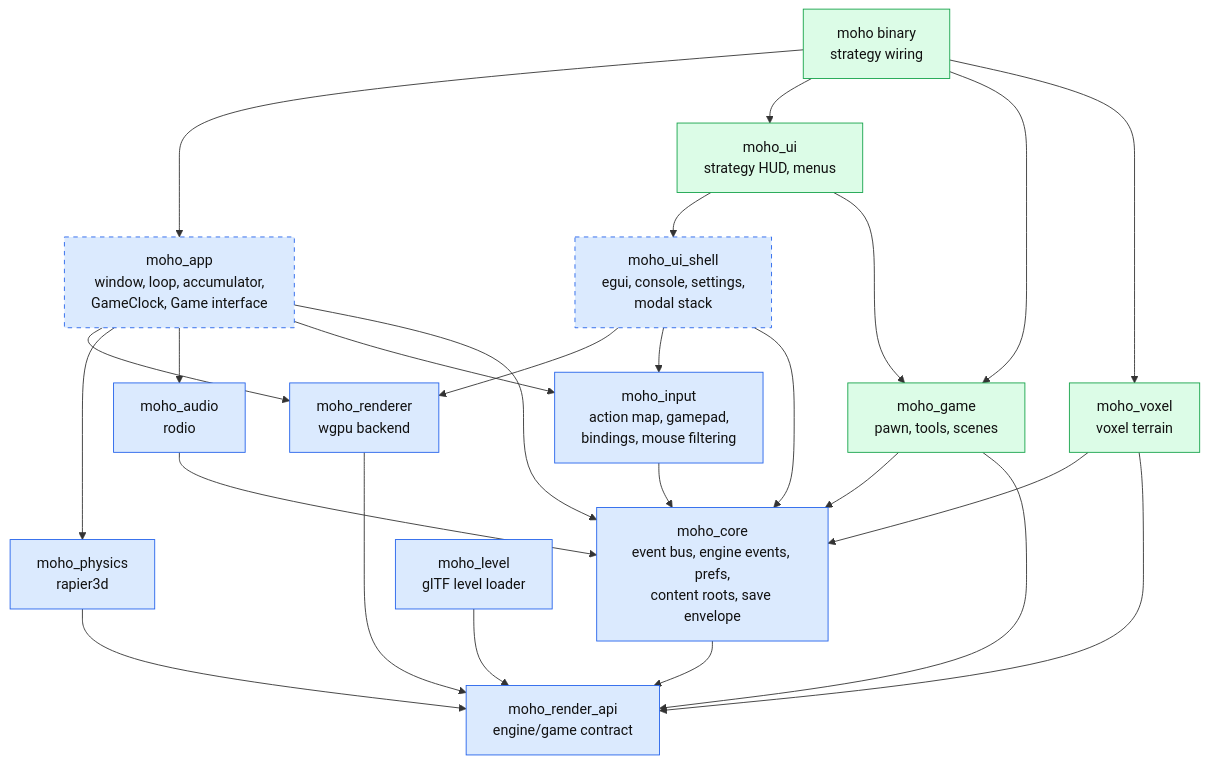
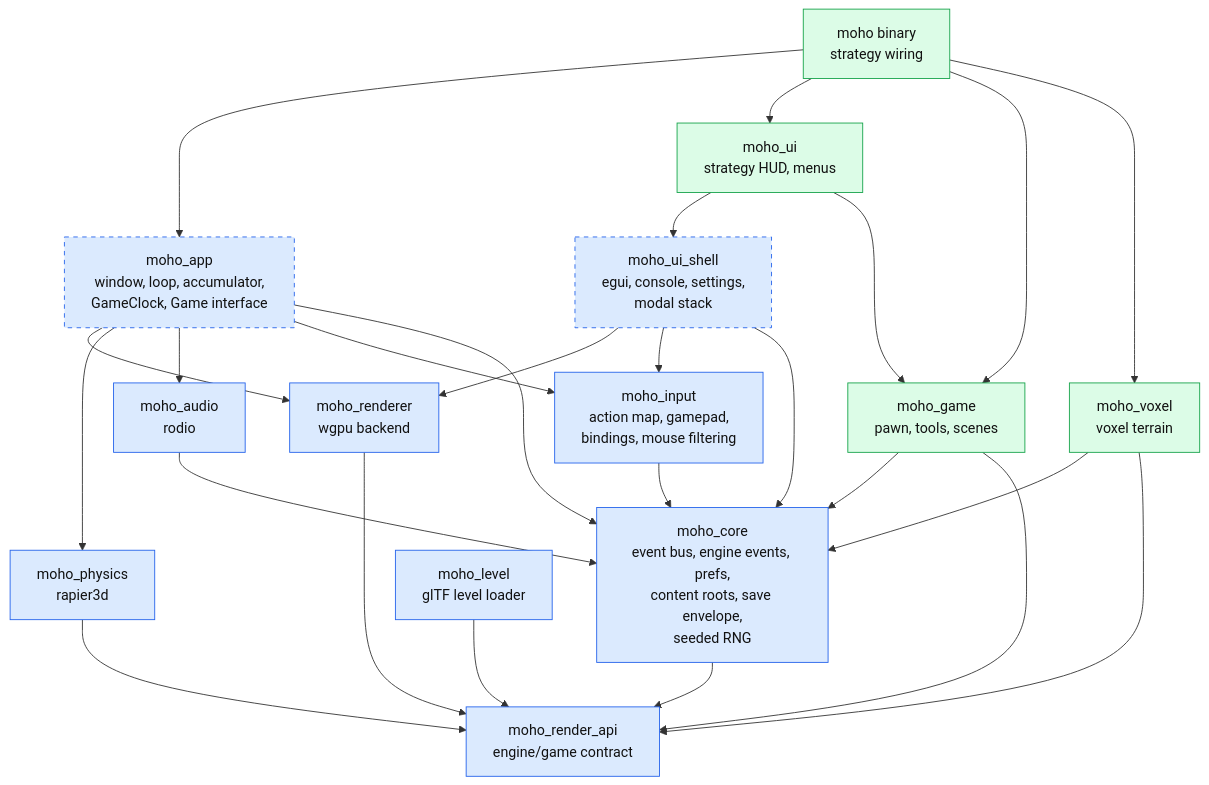
Before and after one commit to WrackedFella/moho: the second of 3 diagrams in wiki/architecture/overview.md, drawn with Mermaid. The commit also changed other lines of this file, not shown here.

First line of the commit message:
docs(wiki): note the seeded simulation RNG in the architecture overview (ENG-F6-01)

````diff
--- a/wiki/architecture/overview.md
+++ b/wiki/architecture/overview.md
@@ -77,35 +77,35 @@
 ```mermaid
 flowchart TD
     sbin["moho binary<br/>strategy wiring"]:::strategy
     ui["moho_ui<br/>strategy HUD, menus"]:::strategy
     game["moho_game<br/>pawn, tools, scenes"]:::strategy
     voxel["moho_voxel<br/>voxel terrain"]:::strategy
 
     app["moho_app<br/>window, loop, accumulator,<br/>GameClock, Game interface"]:::engineNew
     shell["moho_ui_shell<br/>egui, console, settings,<br/>modal stack"]:::engineNew
     input["moho_input<br/>action map, gamepad,<br/>bindings, mouse filtering"]:::engine
     renderer["moho_renderer<br/>wgpu backend"]:::engine
     physics["moho_physics<br/>rapier3d"]:::engine
     audio["moho_audio<br/>rodio"]:::engine
-    core["moho_core<br/>event bus, engine events, prefs,<br/>content roots, save envelope"]:::engine
+    core["moho_core<br/>event bus, engine events, prefs,<br/>content roots, save envelope,<br/>seeded RNG"]:::engine
     rapi["moho_render_api<br/>engine/game contract"]:::engine
     level["moho_level<br/>glTF level loader"]:::engine
 
     sbin --> app & ui & game & voxel
     ui --> shell & game
     game --> core & rapi
     voxel --> core & rapi
     app --> renderer & physics & audio & input & core
     shell --> renderer & input & core
     input --> core
     renderer --> rapi
     physics --> rapi
     audio --> core
     core --> rapi
     level --> rapi
 
     classDef engine fill:#dbeafe,stroke:#2563eb,color:#111
     classDef engineNew fill:#dbeafe,stroke:#2563eb,stroke-dasharray:5 5,color:#111
     classDef strategy fill:#dcfce7,stroke:#16a34a,color:#111
     classDef strategyNew fill:#dcfce7,stroke:#16a34a,stroke-dasharray:5 5,color:#111
 ```
````
